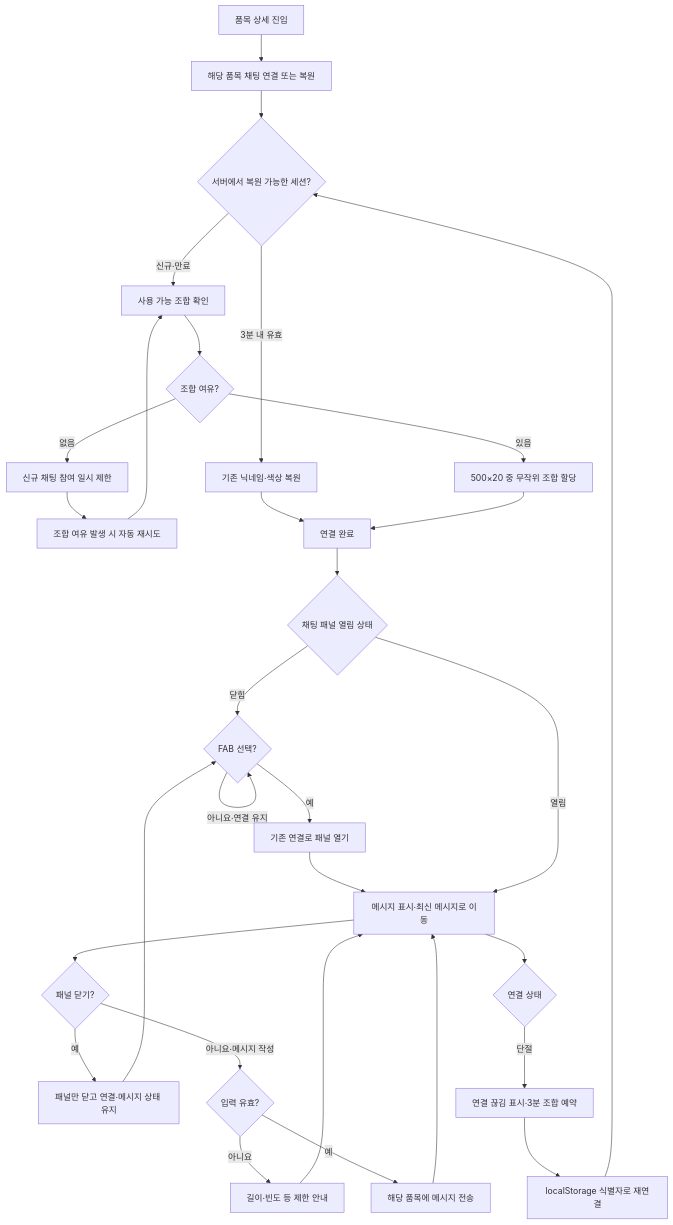
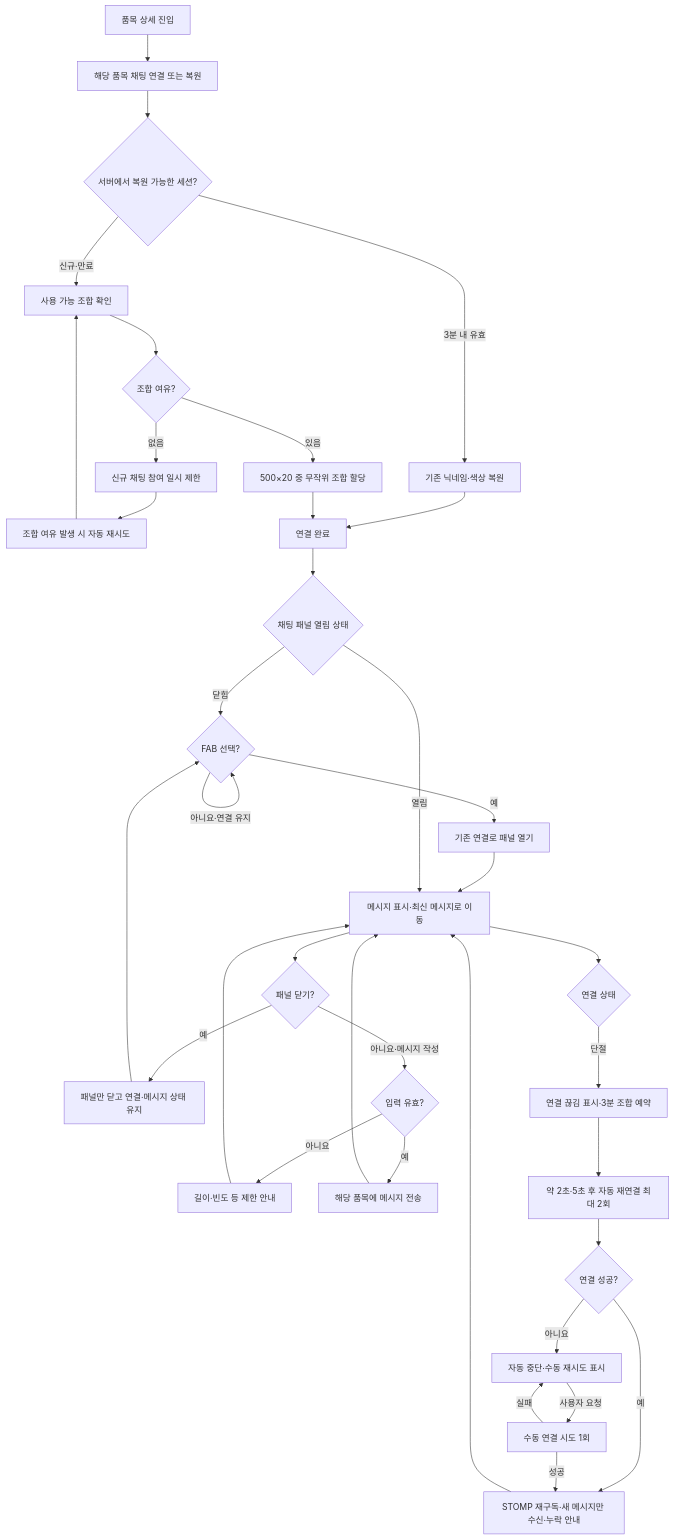
One commit to today-fish/today-fish-docs changed the seventh of 7 diagrams in MVP/product/ux/UX-001-사용자-흐름-및-정보-구조.md. Above: the diagram before and after it, drawn with Mermaid. The commit also changed other lines of this file and 13 other files, not shown here.

````diff
--- a/MVP/product/ux/UX-001-사용자-흐름-및-정보-구조.md
+++ b/MVP/product/ux/UX-001-사용자-흐름-및-정보-구조.md
@@ -214,32 +215,38 @@
 ```mermaid
 flowchart TD
     A["품목 상세 진입"] --> B["해당 품목 채팅 연결 또는 복원"]
     B --> C{"서버에서 복원 가능한 세션?"}
     C -->|3분 내 유효| D["기존 닉네임·색상 복원"]
     C -->|신규·만료| E["사용 가능 조합 확인"]
     E --> F{"조합 여유?"}
     F -->|있음| G["500×20 중 무작위 조합 할당"]
     F -->|없음| H["신규 채팅 참여 일시 제한"]
     H --> I["조합 여유 발생 시 자동 재시도"]
     I --> E
     D --> J["연결 완료"]
     G --> J
     J --> CHATVIS{"채팅 패널 열림 상태"}
     CHATVIS -->|닫힘| CHATFAB{"FAB 선택?"}
     CHATFAB -->|아니요·연결 유지| CHATFAB
     CHATFAB -->|예| CHATOPEN["기존 연결로 패널 열기"]
     CHATOPEN --> CHATMSG["메시지 표시·최신 메시지로 이동"]
     CHATVIS -->|열림| CHATMSG
     CHATMSG --> CHATCLOSE{"패널 닫기?"}
     CHATCLOSE -->|예| CHATCLOSED["패널만 닫고 연결·메시지 상태 유지"]
     CHATCLOSED --> CHATFAB
     CHATCLOSE -->|아니요·메시지 작성| CHATVALID{"입력 유효?"}
     CHATVALID -->|아니요| CHATLIMIT["길이·빈도 등 제한 안내"]
     CHATLIMIT --> CHATMSG
     CHATVALID -->|예| CHATSEND["해당 품목에 메시지 전송"]
     CHATSEND --> CHATMSG
     CHATMSG --> CHATCONN{"연결 상태"}
     CHATCONN -->|단절| CHATDROP["연결 끊김 표시·3분 조합 예약"]
-    CHATDROP --> CHATRETRY["localStorage 식별자로 재연결"]
-    CHATRETRY --> C
+    CHATDROP --> CHATRETRY["약 2초·5초 후 자동 재연결 최대 2회"]
+    CHATRETRY --> CHATRESULT{"연결 성공?"}
+    CHATRESULT -->|예| CHATLIVE["STOMP 재구독·새 메시지만 수신·누락 안내"]
+    CHATLIVE --> CHATMSG
+    CHATRESULT -->|아니요| CHATMANUAL["자동 중단·수동 재시도 표시"]
+    CHATMANUAL -->|사용자 요청| CHATONCE["수동 연결 시도 1회"]
+    CHATONCE -->|성공| CHATLIVE
+    CHATONCE -->|실패| CHATMANUAL
 ```
````
